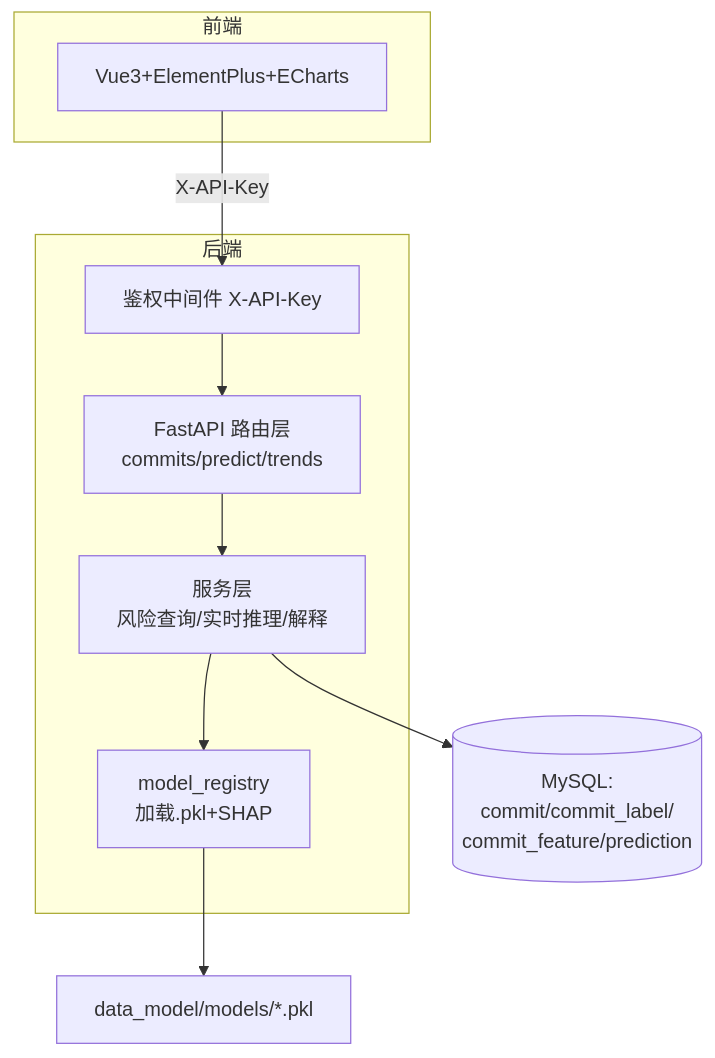
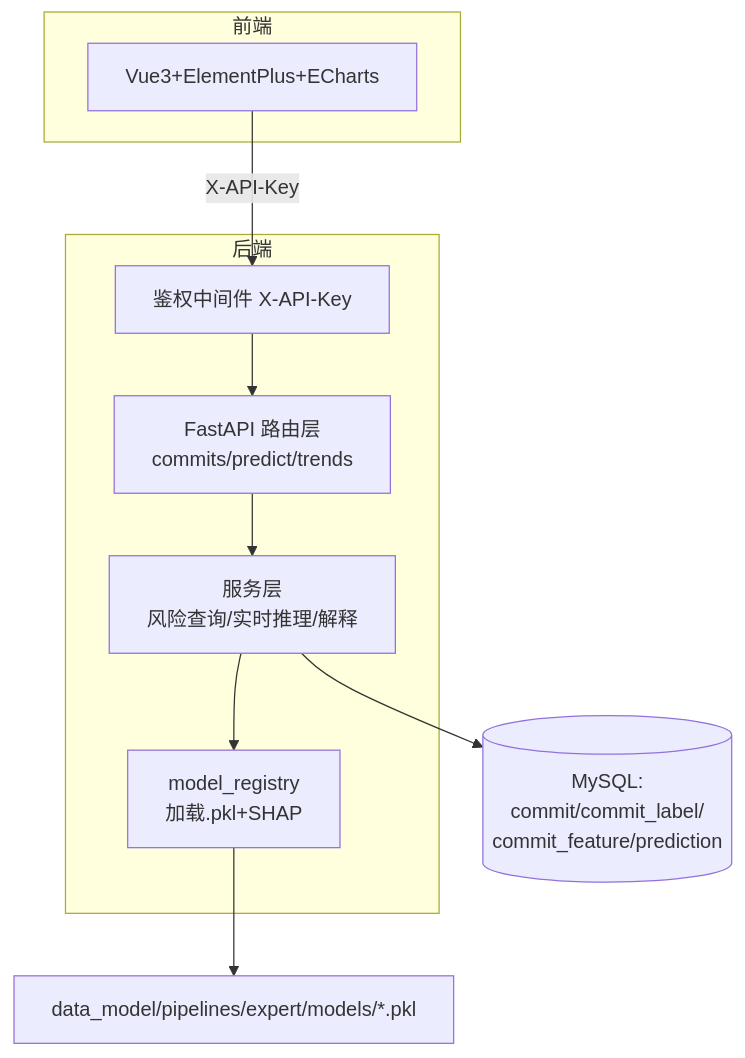
The first of 4 diagrams in docs/backend/implementation.md (heapcluster/jit-defect-prediction), drawn with Mermaid before and after one commit. The commit also changed other lines of this file and 161 other files, not shown here.

First line of the commit message:
refactor(model): data_model 按四线独立成包迁移，01-05 迁 preparation 并回填全部引用 (#71)

````diff
--- a/docs/backend/implementation.md
+++ b/docs/backend/implementation.md
@@ -12,18 +13,18 @@
 ```mermaid
 flowchart TB
   subgraph 前端
     FE[Vue3+ElementPlus+ECharts]
   end
   subgraph 后端
     API[FastAPI 路由层<br/>commits/predict/trends]
     SVC[服务层<br/>风险查询/实时推理/解释]
     AUTH[鉴权中间件 X-API-Key]
     MR[model_registry<br/>加载.pkl+SHAP]
   end
   DB[(MySQL:<br/>commit/commit_label/<br/>commit_feature/prediction)]
-  MODELS[data_model/models/*.pkl]
+  MODELS[data_model/pipelines/expert/models/*.pkl]
 
   FE -->|X-API-Key| AUTH --> API --> SVC
   SVC --> DB
   SVC --> MR --> MODELS
 ```
````
